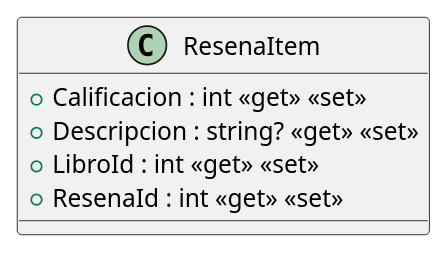
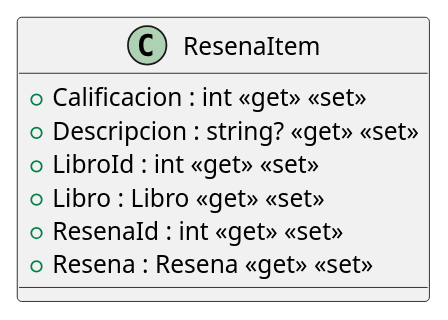
The diagram in src/AppForSEII.API/ClassDiagram/ResenaItem.puml (ISII2627SoftwareEngineers/ISII2627SoftwareEngineers), drawn with PlantUML before and after one commit. The commit also changed 12 other files, not shown here.

Commit message:
Añadido diagrama UML y relaciones del CU Reseñar Libros

```diff
--- a/src/AppForSEII.API/ClassDiagram/ResenaItem.puml
+++ b/src/AppForSEII.API/ClassDiagram/ResenaItem.puml
@@ -1,8 +1,10 @@
 @startuml
 class ResenaItem {
     + Calificacion : int <<get>> <<set>>
     + Descripcion : string? <<get>> <<set>>
     + LibroId : int <<get>> <<set>>
+    + Libro : Libro <<get>> <<set>>
     + ResenaId : int <<get>> <<set>>
+    + Resena : Resena <<get>> <<set>>
 }
 @enduml
```
